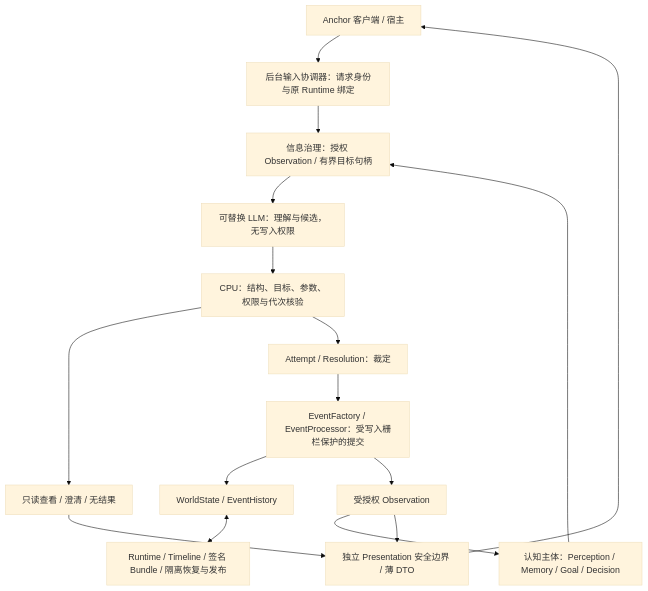
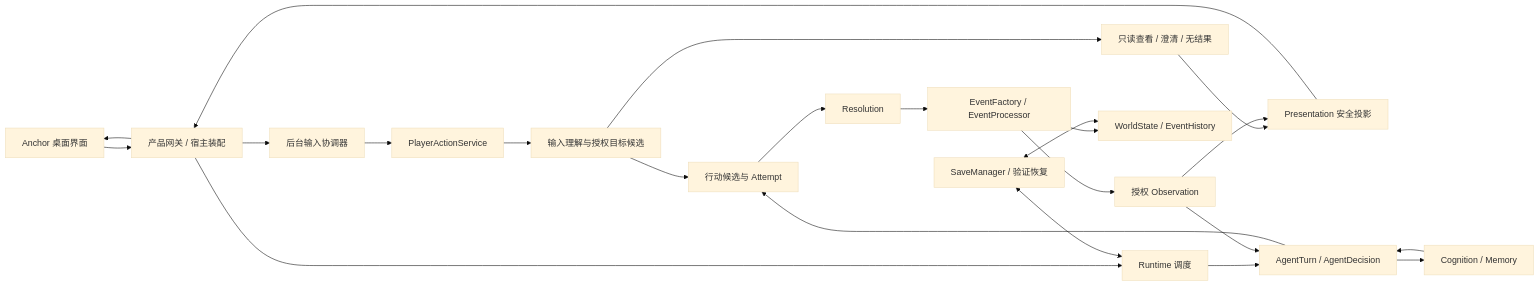
One commit to lxh714-hui/Ankorgine-CognitiveWorld changed the first of 2 diagrams in README.md. Above: the diagram before and after it, drawn with Mermaid (base theme). The commit also changed other lines of this file and 1 other file, not shown here.

````diff
--- a/README.md
+++ b/README.md
@@ -11,18 +23,25 @@
-```mermaid
-flowchart TD
-    UI[Anchor 客户端 / 宿主] --> TASK[后台输入协调器：请求身份与原 Runtime 绑定]
-    TASK --> GOV[信息治理：授权 Observation / 有界目标句柄]
-    NPC[认知主体：Perception / Memory / Goal / Decision] --> GOV
-    GOV --> LLM[可替换 LLM：理解与候选，无写入权限]
-    LLM --> CPU[CPU：结构、目标、参数、权限与代次核验]
-    CPU --> VIEW[只读查看 / 澄清 / 无结果]
-    CPU --> RES[Attempt / Resolution：裁定]
-    RES --> COMMIT[EventFactory / EventProcessor：受写入栅栏保护的提交]
-    COMMIT --> WORLD[WorldState / EventHistory]
-    COMMIT --> OBS[受授权 Observation]
-    OBS --> NPC
-    OBS --> PRESENT[独立 Presentation 安全边界 / 薄 DTO]
-    VIEW --> PRESENT
-    PRESENT --> UI
-    WORLD <--> RT[Runtime / Timeline / 签名 Bundle / 隔离恢复与发布]
-```
+~~~mermaid
+flowchart LR
+    UI[Anchor 桌面界面] --> HOST[产品网关 / 宿主装配]
+    HOST --> TASK[后台输入协调器]
+    HOST --> RUN[Runtime 调度]
+    TASK --> SERVICE[PlayerActionService]
+    SERVICE --> UNDERSTAND[输入理解与授权目标候选]
+    UNDERSTAND --> READ[只读查看 / 澄清 / 无结果]
+    UNDERSTAND --> ATTEMPT[行动候选与 Attempt]
+    ATTEMPT --> RES[Resolution]
+    RES --> EVENT[EventFactory / EventProcessor]
+    EVENT --> WORLD[WorldState / EventHistory]
+    EVENT --> OBS[授权 Observation]
+    READ --> PRES[Presentation 安全投影]
+    OBS --> PRES
+    PRES --> HOST
+    HOST --> UI
+    RUN --> TURN[AgentTurn / AgentDecision]
+    OBS --> TURN
+    TURN --> COG[Cognition / Memory]
+    COG --> TURN
+    TURN --> ATTEMPT
+    SAVE[SaveManager / 验证恢复] <--> RUN
+    SAVE <--> WORLD
+~~~
````
